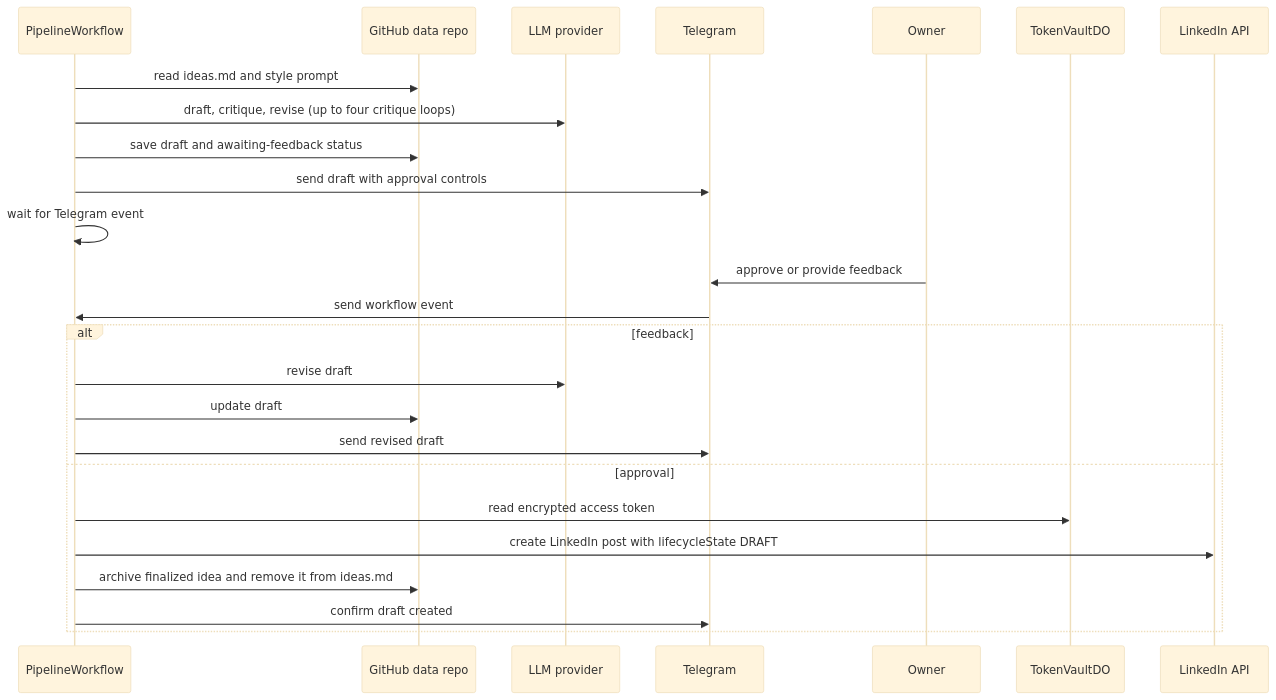
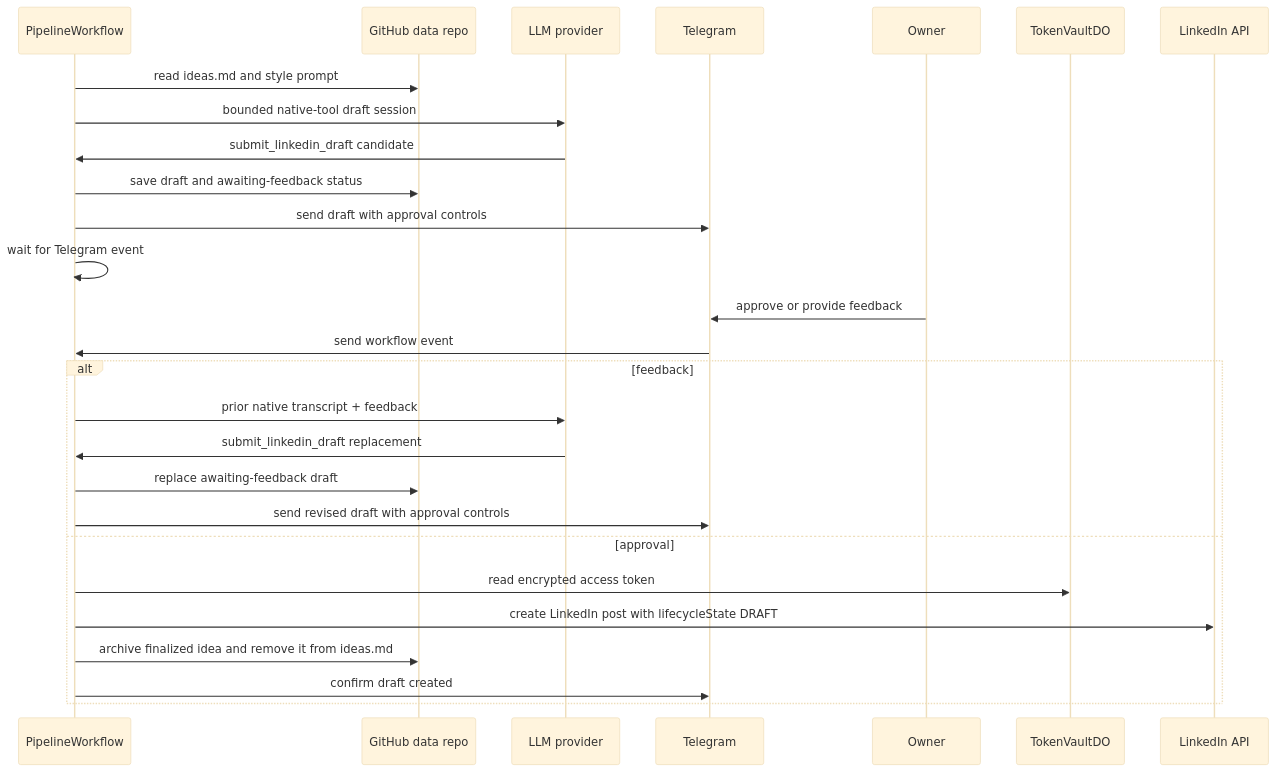
One commit to satwikhebbar/kipp changed the second of 3 diagrams in docs/architecture/request-flows.md. Above: the diagram before and after it, drawn with Mermaid (base theme). The commit also changed 11 other files, not shown here.

Commit message:
feat: add native LinkedIn drafting tool loop

````diff
--- a/docs/architecture/request-flows.md
+++ b/docs/architecture/request-flows.md
@@ -31,29 +31,30 @@
 ```mermaid
 sequenceDiagram
   participant P as PipelineWorkflow
   participant G as GitHub data repo
   participant L as LLM provider
   participant T as Telegram
   participant U as Owner
   participant V as TokenVaultDO
   participant LI as LinkedIn API
 
   P->>G: read ideas.md and style prompt
-  P->>L: draft, critique, revise (up to four critique loops)
+  P->>L: bounded native-tool draft session
+  L->>P: submit_linkedin_draft candidate
   P->>G: save draft and awaiting-feedback status
   P->>T: send draft with approval controls
   P->>P: wait for Telegram event
   U->>T: approve or provide feedback
   T->>P: send workflow event
-
   alt feedback
-    P->>L: revise draft
-    P->>G: update draft
-    P->>T: send revised draft
+    P->>L: prior native transcript + feedback
+    L->>P: submit_linkedin_draft replacement
+    P->>G: replace awaiting-feedback draft
+    P->>T: send revised draft with approval controls
   else approval
     P->>V: read encrypted access token
     P->>LI: create LinkedIn post with lifecycleState DRAFT
     P->>G: archive finalized idea and remove it from ideas.md
     P->>T: confirm draft created
   end
 ```
````
